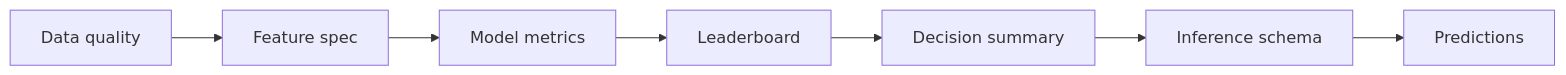
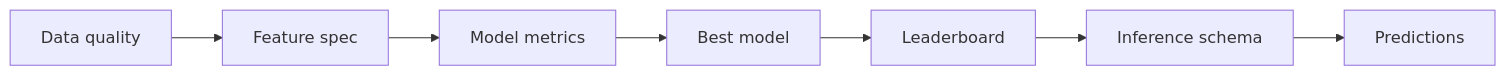
One commit to dkawa2523/ml_platform changed the diagram in docs/ml_platform_mkdocs/docs/usage/result-reading.md. Above: the diagram before and after it, drawn with Mermaid. The commit also changed other lines of this file and 28 other files, not shown here.

````diff
--- a/docs/ml_platform_mkdocs/docs/usage/result-reading.md
+++ b/docs/ml_platform_mkdocs/docs/usage/result-reading.md
@@ -7,9 +7,9 @@
 ```mermaid
 graph LR
   A[Data quality] --> B[Feature spec]
   B --> C[Model metrics]
-  C --> D[Leaderboard]
-  D --> E[Decision summary]
+  C --> D[Best model]
+  D --> E[Leaderboard]
   E --> F[Inference schema]
   F --> G[Predictions]
 ```
````
